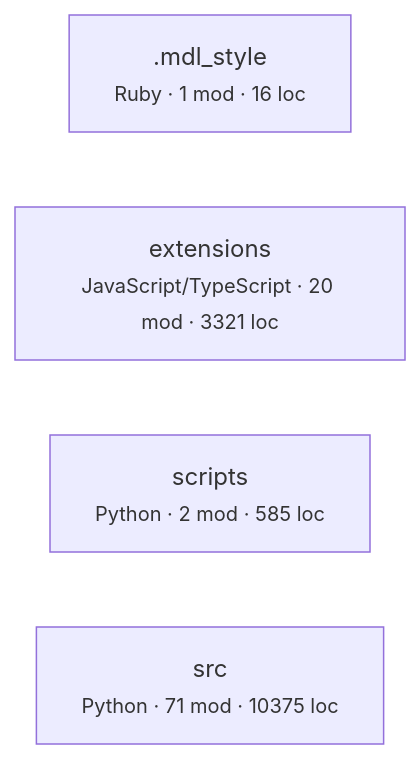
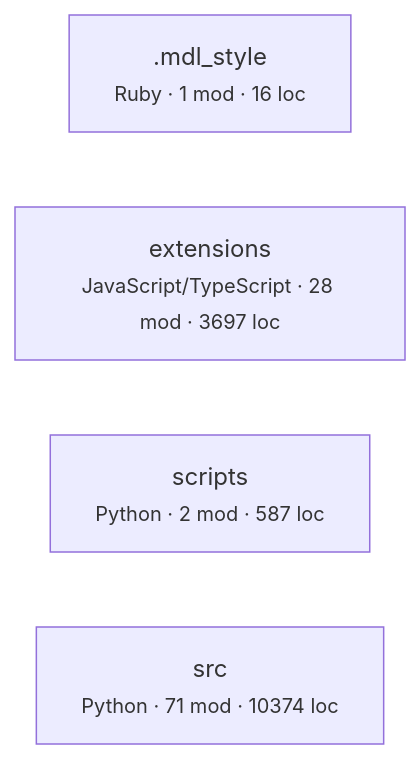
Before and after one commit to fabiocicerchia/gandalf: the first of 3 diagrams in ARCHITECTURE.md, drawn with Mermaid. The commit also changed other lines of this file and 4 other files, not shown here.

````diff
--- a/ARCHITECTURE.md
+++ b/ARCHITECTURE.md
@@ -438,7 +421,7 @@
 ```mermaid
 graph LR
   _mdl_style[".mdl_style<br/><small>Ruby · 1 mod · 16 loc</small>"]
-  extensions["extensions<br/><small>JavaScript/TypeScript · 20 mod · 3321 loc</small>"]
-  scripts["scripts<br/><small>Python · 2 mod · 585 loc</small>"]
-  src["src<br/><small>Python · 71 mod · 10375 loc</small>"]
+  extensions["extensions<br/><small>JavaScript/TypeScript · 28 mod · 3697 loc</small>"]
+  scripts["scripts<br/><small>Python · 2 mod · 587 loc</small>"]
+  src["src<br/><small>Python · 71 mod · 10374 loc</small>"]
 ```
````
